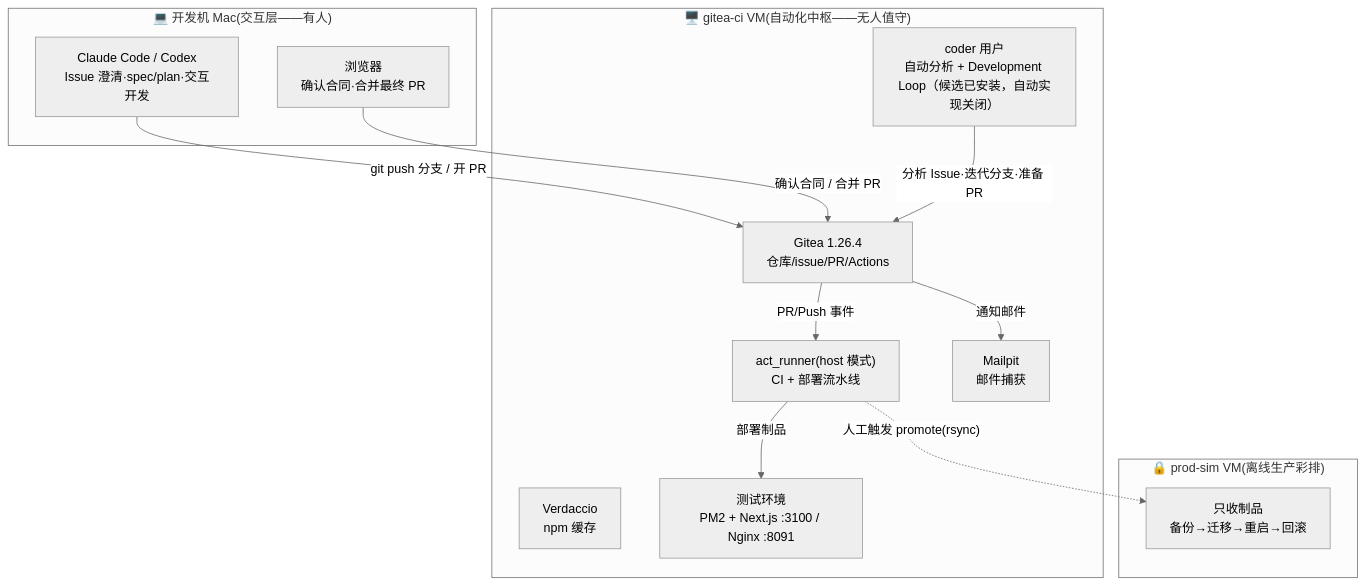
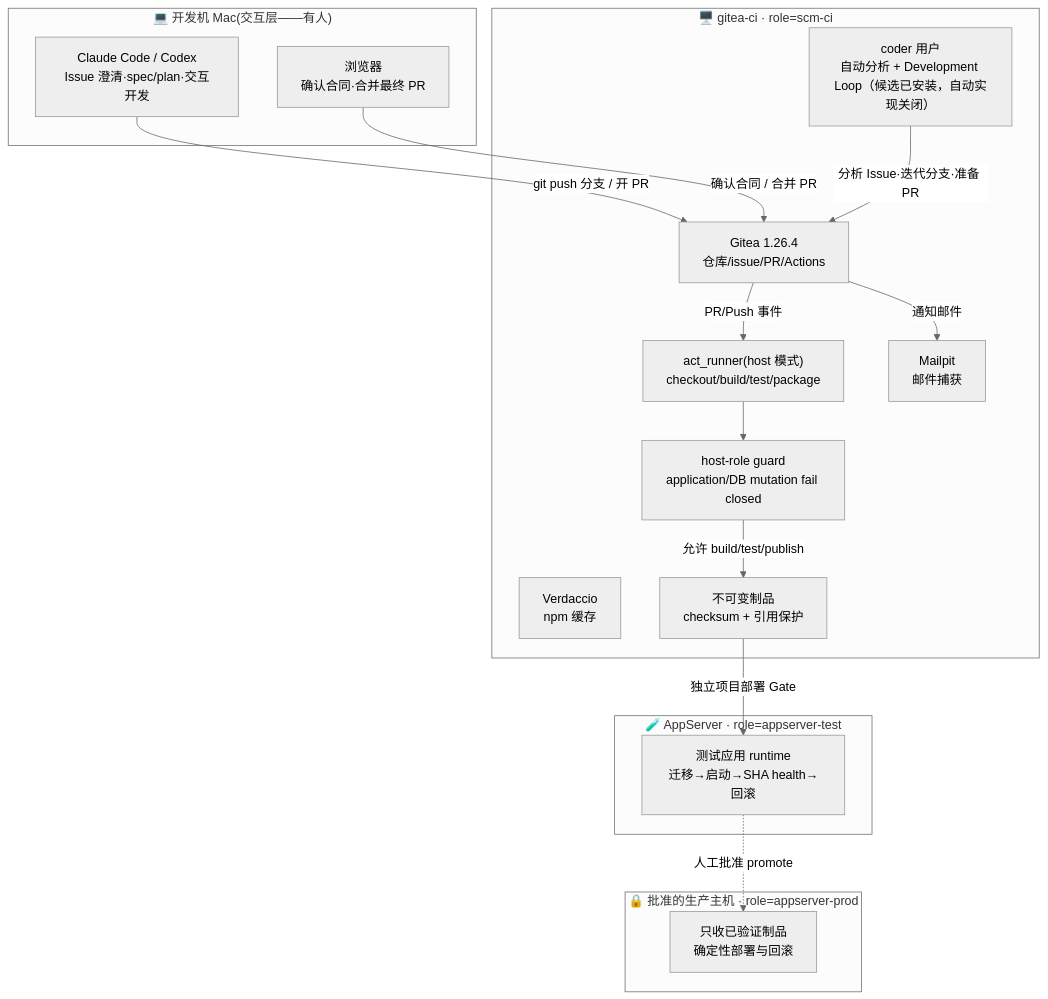
The first of 2 diagrams in README.md (BenQue/AIGitea), drawn with Mermaid (neutral theme) before and after one commit. The commit also changed other lines of this file and 7 other files, not shown here.

Commit message:
docs(platform): separate scm and app server roles

````diff
--- a/README.md
+++ b/README.md
@@ -29,28 +31,35 @@
 ```mermaid
 flowchart TB
     subgraph MAC["💻 开发机 Mac(交互层——有人)"]
         DEV["Claude Code / Codex<br/>Issue 澄清·spec/plan·交互开发"]
         BROWSER["浏览器<br/>确认合同·合并最终 PR"]
     end
 
-    subgraph VM1["🖥️ gitea-ci VM(自动化中枢——无人值守)"]
+    subgraph VM1["🖥️ gitea-ci · role=scm-ci"]
         GITEA["Gitea 1.26.4<br/>仓库/issue/PR/Actions"]
-        RUNNER["act_runner(host 模式)<br/>CI + 部署流水线"]
+        RUNNER["act_runner(host 模式)<br/>checkout/build/test/package"]
         AGENT["coder 用户<br/>自动分析 + Development Loop（候选已安装，自动实现关闭）"]
         VERD["Verdaccio<br/>npm 缓存"]
         MAIL["Mailpit<br/>邮件捕获"]
-        TEST["测试环境<br/>PM2 + Next.js :3100 / Nginx :8091"]
+        ART["不可变制品<br/>checksum + 引用保护"]
+        GUARD["host-role guard<br/>application/DB mutation fail closed"]
     end
 
-    subgraph VM2["🔒 prod-sim VM(离线生产彩排)"]
-        PROD["只收制品<br/>备份→迁移→重启→回滚"]
+    subgraph TESTHOST["🧪 AppServer · role=appserver-test"]
+        TEST["测试应用 runtime<br/>迁移→启动→SHA health→回滚"]
+    end
+
+    subgraph PRODHOST["🔒 批准的生产主机 · role=appserver-prod"]
+        PROD["只收已验证制品<br/>确定性部署与回滚"]
     end
 
     DEV -->|"git push 分支 / 开 PR"| GITEA
     BROWSER -->|"确认合同 / 合并 PR"| GITEA
     AGENT -->|"分析 Issue·迭代分支·准备 PR"| GITEA
     GITEA -->|"PR/Push 事件"| RUNNER
-    RUNNER -->|"部署制品"| TEST
-    RUNNER -.->|"人工触发 promote(rsync)"| PROD
+    RUNNER --> GUARD
+    GUARD -->|"允许 build/test/publish"| ART
+    ART -->|"独立项目部署 Gate"| TEST
+    TEST -.->|"人工批准 promote"| PROD
     GITEA -->|"通知邮件"| MAIL
 ```
````
